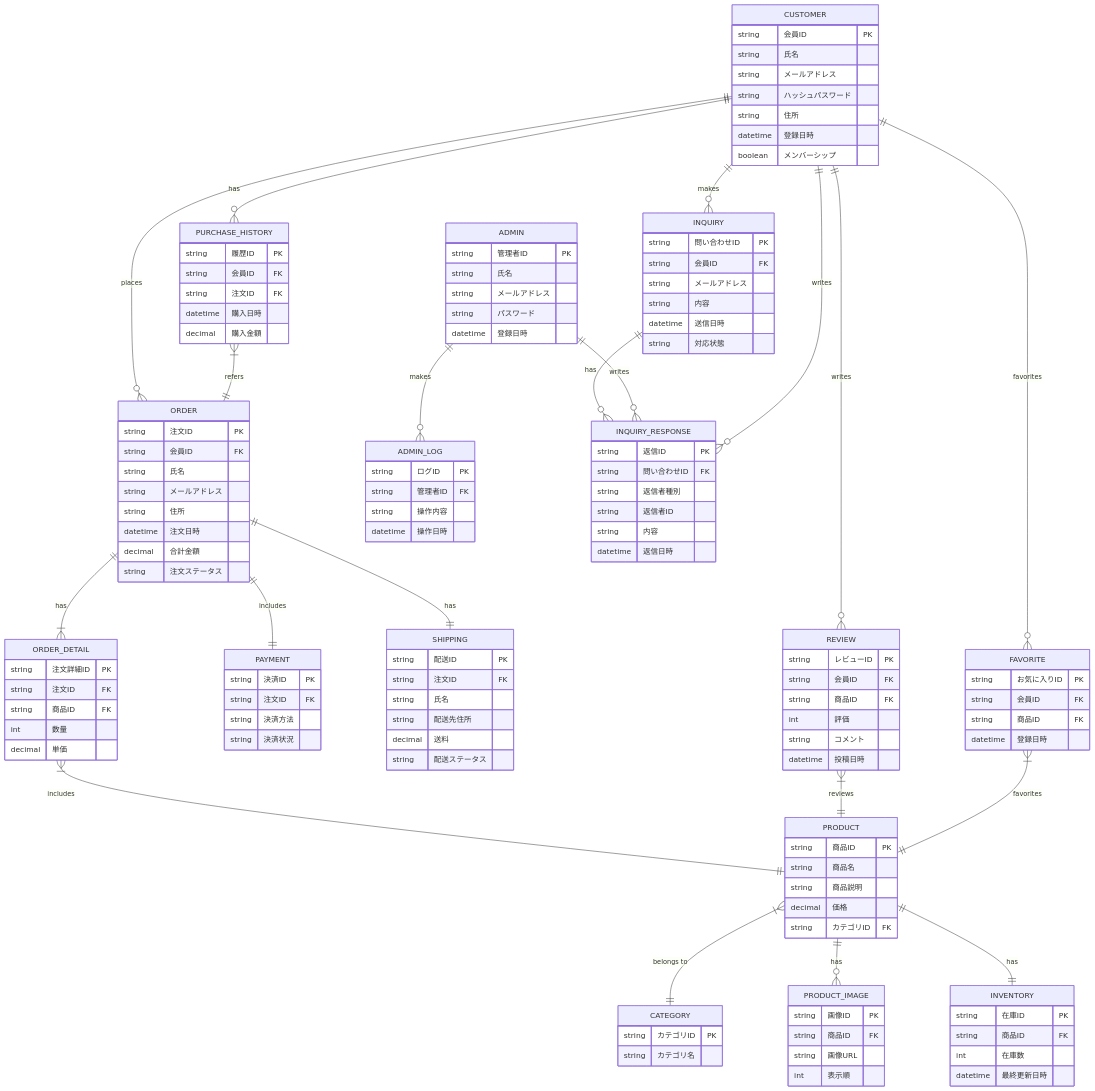
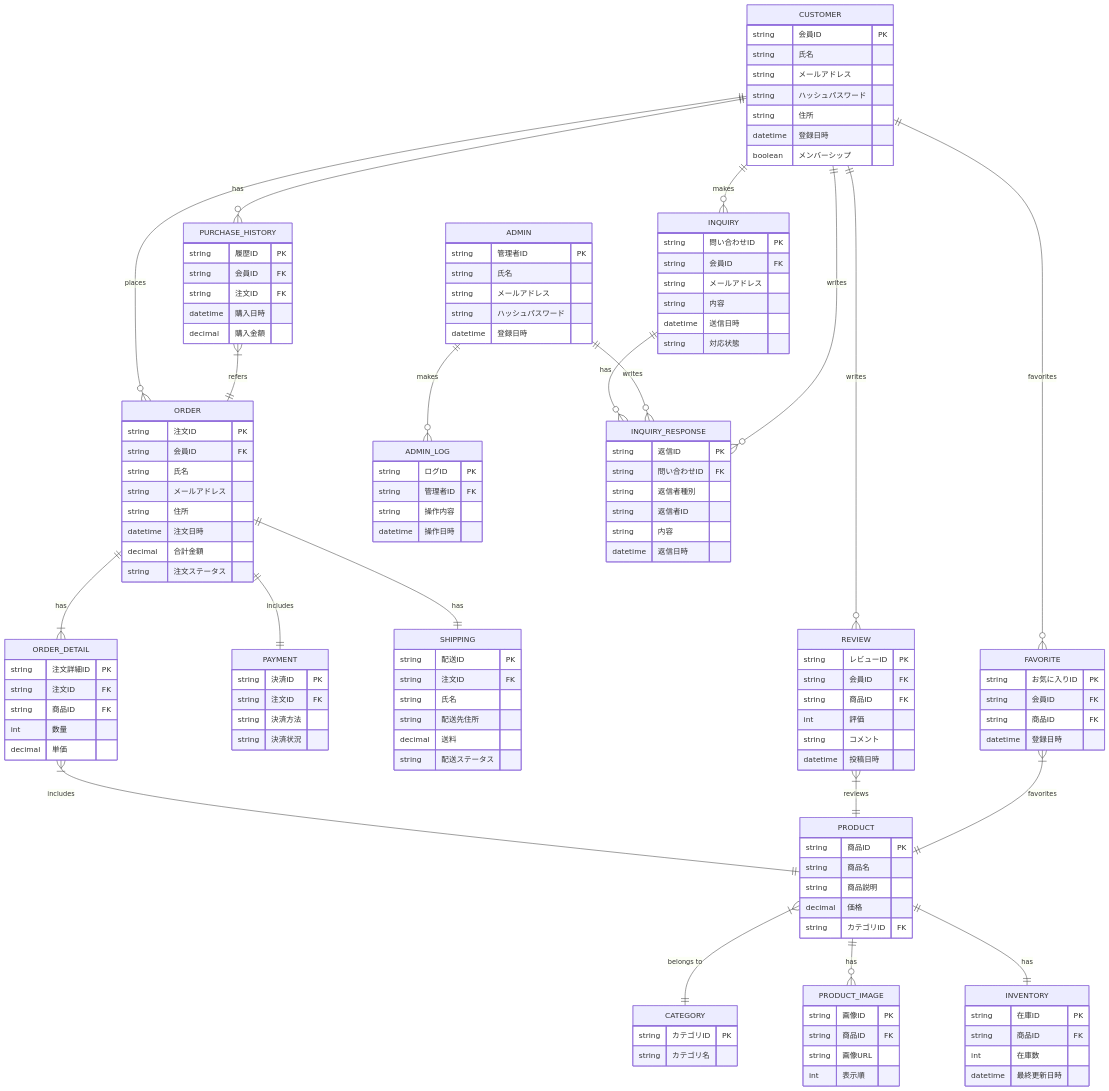
The fifth of 5 diagrams in 基本設計/D.md (YUKlT0/Equipe), drawn with Mermaid before and after one commit.

Commit message:
データ設計の最終調整

```diff
--- a/基本設計/D.md
+++ b/基本設計/D.md
@@ -450,7 +450,7 @@
         string 管理者ID PK
         string 氏名
         string メールアドレス
-        string パスワード
+        string ハッシュパスワード
         datetime 登録日時
     }
 
```
